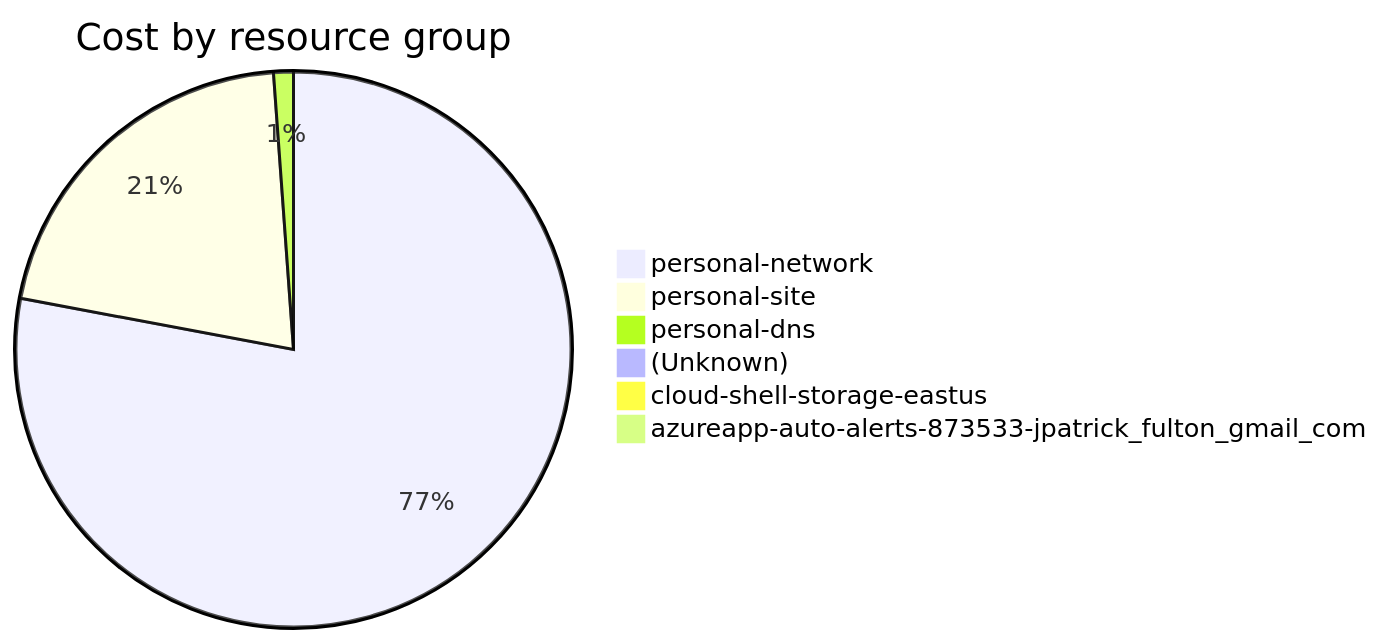
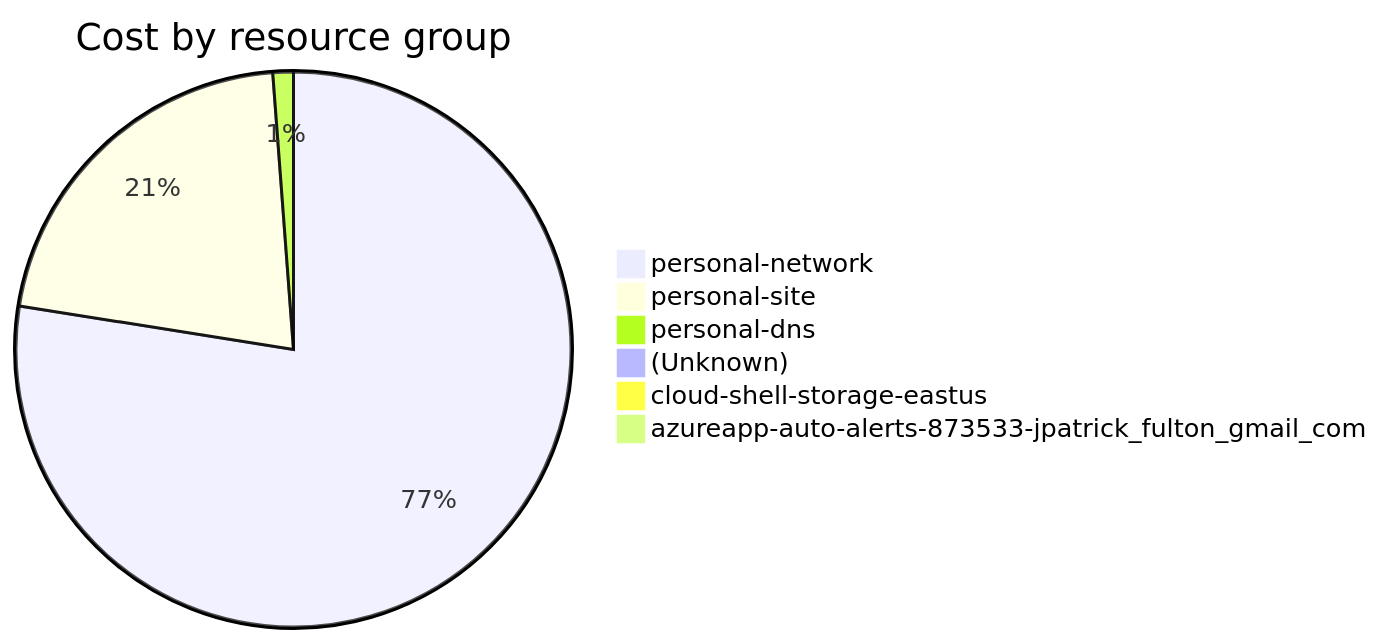
The fourth of 4 diagrams in cost-reports/accumulated-cost.md (jpfulton/azure-personal-reports), drawn with Mermaid before and after one commit. The commit also changed other lines of this file and 4 other files, not shown here.

````diff
--- a/cost-reports/accumulated-cost.md
+++ b/cost-reports/accumulated-cost.md
@@ -154,10 +154,10 @@
 ```mermaid
 pie
    title Cost by resource group
-   "personal-network" : 26.41
-   "personal-site" : 7.08
-   "personal-dns" : 0.39
-   "(Unknown)" : 0.29
-   "cloud-shell-storage-eastus" : 0.12
+   "personal-network" : 27.95
+   "personal-site" : 7.68
+   "personal-dns" : 0.43
+   "(Unknown)" : 0.31
+   "cloud-shell-storage-eastus" : 0.13
    "azureapp-auto-alerts-873533-jpatrick_fulton_gmail_com" : 0.00
 ```
````
